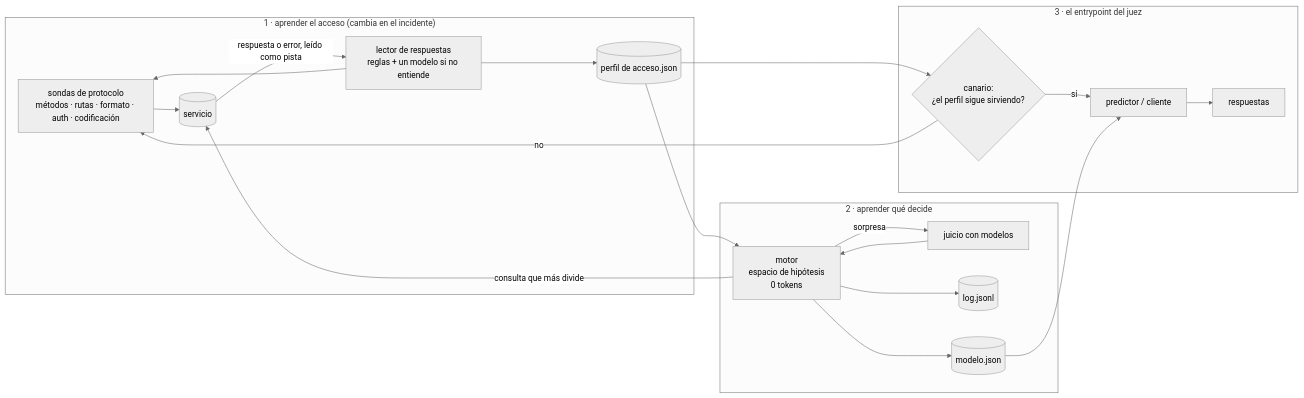
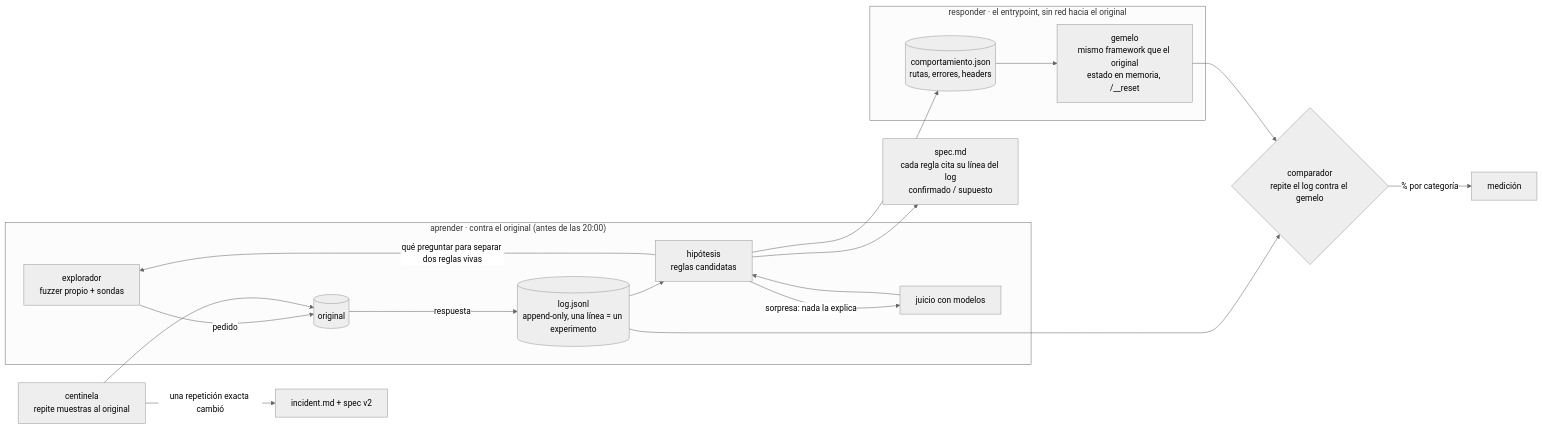
Before and after one commit to rominapitronello/frontier-bog26-caja-negra: the diagram in DISENO.md, drawn with Mermaid (neutral theme). The commit also changed other lines of this file and 4 other files, not shown here.

First line of the commit message:
reto 2: el brief en el repo y el diseño reescrito para clonar el servicio

````diff
--- a/DISENO.md
+++ b/DISENO.md
@@ -47,23 +24,21 @@
 ```mermaid
 flowchart LR
-  subgraph acceso["1 · aprender el acceso (cambia en el incidente)"]
-    SO[sondas de protocolo<br/>métodos · rutas · formato · auth · codificación] --> SV[(servicio)]
-    SV -->|respuesta o error, leído como pista| LE[lector de respuestas<br/>reglas + un modelo si no entiende]
-    LE --> SO
-    LE --> PA[(perfil de acceso.json)]
+  subgraph aprender["aprender · contra el original (antes de las 20:00)"]
+    EX[explorador<br/>fuzzer propio + sondas] -->|pedido| OR[(original)]
+    OR -->|respuesta| LOG[(log.jsonl<br/>append-only, una línea = un experimento)]
+    LOG --> HI[hipótesis<br/>reglas candidatas]
+    HI -->|qué preguntar para separar dos reglas vivas| EX
+    HI -->|sorpresa: nada la explica| LLM[juicio con modelos]
+    LLM --> HI
   end
-  subgraph comportamiento["2 · aprender qué decide"]
-    PA --> M[motor<br/>espacio de hipótesis<br/>0 tokens]
-    M -->|consulta que más divide| SV
-    M -->|sorpresa| J[juicio con modelos]
-    J --> M
-    M --> L[(log.jsonl)]
-    M --> MOD[(modelo.json)]
+  HI --> SPEC[spec.md<br/>cada regla cita su línea del log<br/>confirmado / supuesto]
+  HI --> DAT[(comportamiento.json<br/>rutas, errores, headers)]
+  subgraph responder["responder · el entrypoint, sin red hacia el original"]
+    DAT --> GE[gemelo<br/>mismo framework que el original<br/>estado en memoria, /__reset]
   end
-  subgraph responder["3 · el entrypoint del juez"]
-    CK{canario:<br/>¿el perfil sigue sirviendo?} -->|sí| P[predictor / cliente]
-    CK -->|no| SO
-    PA --> CK
-    MOD --> P --> S[respuestas]
-  end
+  LOG --> CMP{comparador<br/>repite el log contra el gemelo}
+  GE --> CMP
+  CMP -->|% por categoría| MED[medición]
+  CEN[centinela<br/>repite muestras al original] --> OR
+  CEN -->|una repetición exacta cambió| INC[incident.md + spec v2]
 ```
````
